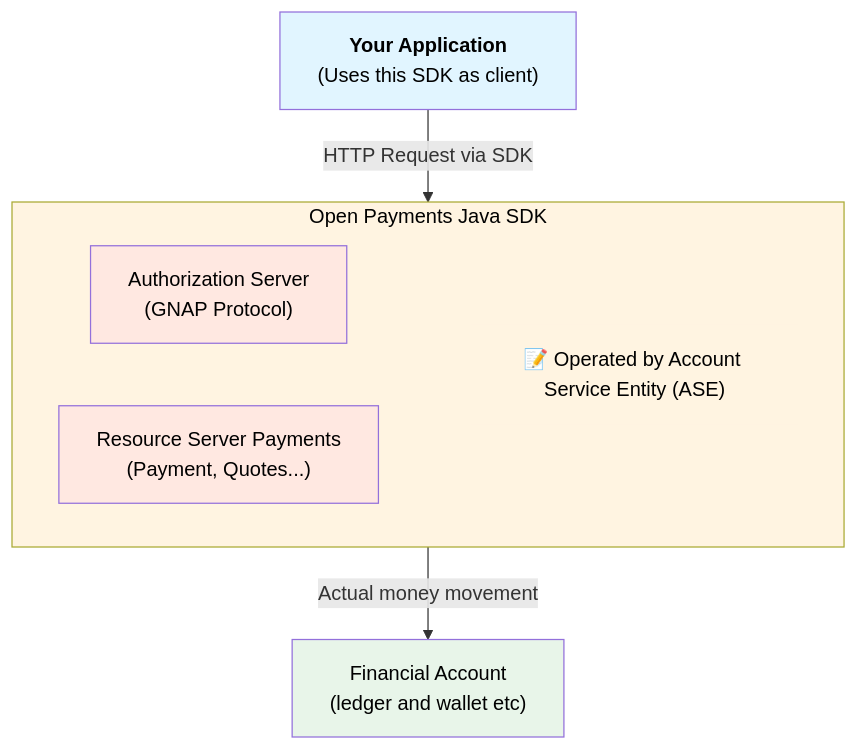
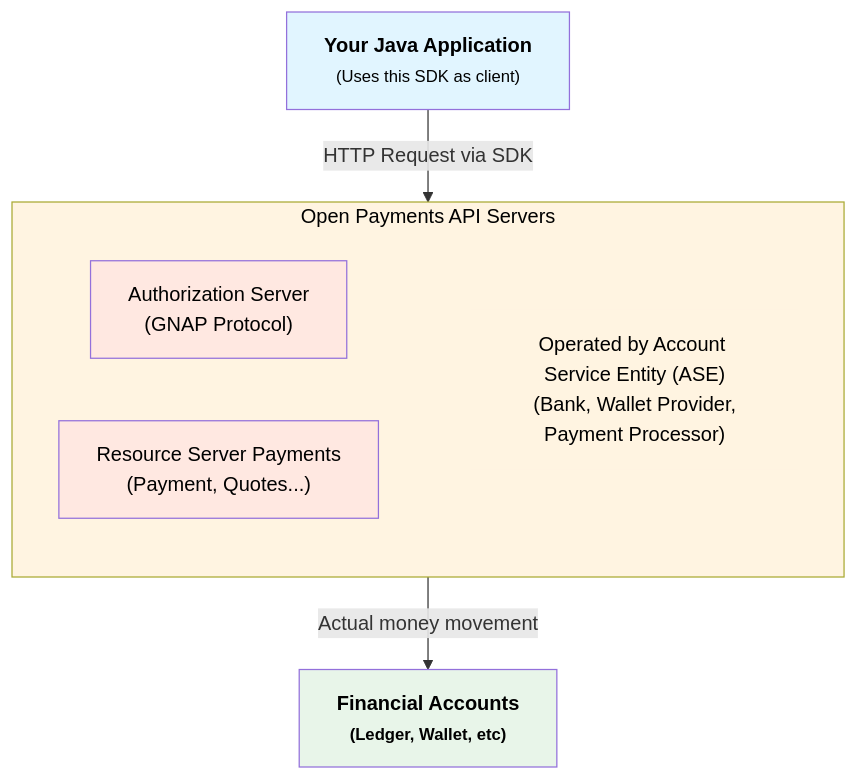
The diagram in README.md (boniface/open-payments-java), drawn with Mermaid before and after one commit. The commit also changed 1 other file, not shown here.

Commit message:
Resolve comments

````diff
--- a/README.md
+++ b/README.md
@@ -29,26 +29,26 @@
 ```mermaid
 graph TD
-    App["<b>Your Application</b> <br/>(Uses this SDK as client)"]
+    App["<b>Your Java Application</b> <br/> <small> (Uses this SDK as client)</small>"]
 
-    ASE["Financial Account <br/>(ledger and wallet etc)"]
+    ASE["<b>Financial Accounts<b/> <br/> <small>(Ledger, Wallet, etc)</small>"]
 
-    subgraph SDK["Open Payments Java SDK"]
+    subgraph SDK["Open Payments API Servers"]
     
         Auth["Authorization Server <br/> (GNAP Protocol)"]
         Resource["Resource Server Payments <br/> (Payment, Quotes...)"]
         Auth ~~~ Note
         Resource ~~~ Note
         
-        Note["📝 Operated by Account Service Entity (ASE)"]
+        Note["Operated by Account Service Entity (ASE)<br/> (Bank, Wallet Provider, Payment Processor)"]
     end
 
     App -->|HTTP Request via SDK| SDK
     SDK -->|Actual money movement| ASE
 
     style App fill:#e1f5ff,color:#000
     style SDK fill:#fff4e1,color:#000
     style Auth fill:#ffe8e1,color:#000
     style ASE fill:#e8f5e9,color:#000
     style Resource fill:#ffe8e1,color:#000
     style Note fill:#fff4e1,stroke:#fff4e1,stroke-width:2px,color:#000
 ```
````
